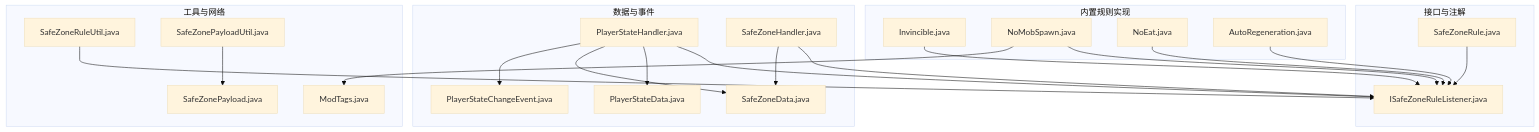
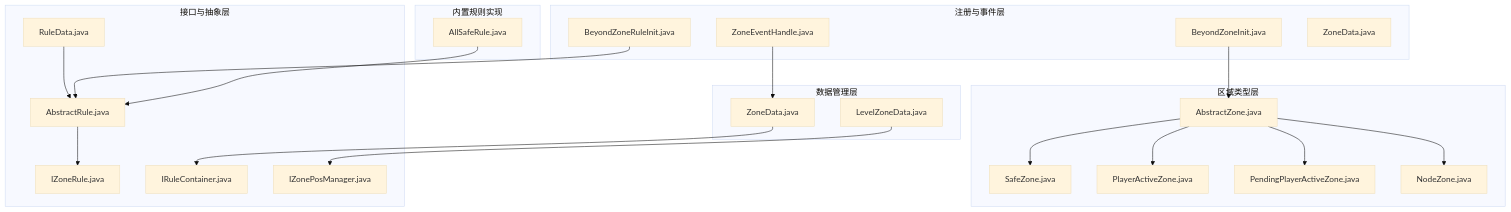
One commit to Ver-shift/SubModulesGeneHunter changed the first of 4 diagrams in .qoder/repowiki/zh/content/模块架构/Beyond安全区模块/安全区规则系统.md. Above: the diagram before and after it, drawn with Mermaid (base theme). The commit also changed other lines of this file and 42 other files, not shown here.

````diff
--- a/.qoder/repowiki/zh/content/模块架构/Beyond安全区模块/安全区规则系统.md
+++ b/.qoder/repowiki/zh/content/模块架构/Beyond安全区模块/安全区规则系统.md
@@ -52,40 +65,42 @@
 ```mermaid
 graph TB
-subgraph "接口与注解"
-A["ISafeZoneRuleListener.java"]
-B["SafeZoneRule.java"]
+subgraph "接口与抽象层"
+A["IZoneRule.java"]
+B["AbstractRule.java"]
+C["RuleData.java"]
+D["IRuleContainer.java"]
+E["IZonePosManager.java"]
+end
+subgraph "区域类型层"
+F["AbstractZone.java"]
+G["SafeZone.java"]
+H["PlayerActiveZone.java"]
+I["PendingPlayerActiveZone.java"]
+J["NodeZone.java"]
+end
+subgraph "数据管理层"
+K["ZoneData.java"]
+L["LevelZoneData.java"]
+end
+subgraph "注册与事件层"
+M["BeyondZoneInit.java"]
+N["BeyondZoneRuleInit.java"]
+O["ZoneEventHandle.java"]
+P["ZoneData.java"]
 end
 subgraph "内置规则实现"
-C["Invincible.java"]
-D["NoMobSpawn.java"]
-E["NoEat.java"]
-F["AutoRegeneration.java"]
-end
-subgraph "数据与事件"
-G["PlayerStateData.java"]
-H["SafeZoneData.java"]
-I["PlayerStateHandler.java"]
-J["SafeZoneHandler.java"]
-K["PlayerStateChangeEvent.java"]
-end
-subgraph "工具与网络"
-L["SafeZoneRuleUtil.java"]
-M["SafeZonePayloadUtil.java"]
-N["SafeZonePayload.java"]
-O["ModTags.java"]
+Q["AllSafeRule.java"]
 end
 B --> A
-C --> A
-D --> A
-E --> A
-F --> A
-L --> A
-I --> A
-J --> A
-I --> G
-I --> H
-J --> H
-I --> K
-M --> N
-D --> O
+C --> B
+K --> D
+L --> E
+F --> G
+F --> H
+F --> I
+F --> J
+M --> F
+N --> B
+O --> K
+Q --> B
 ```
````
